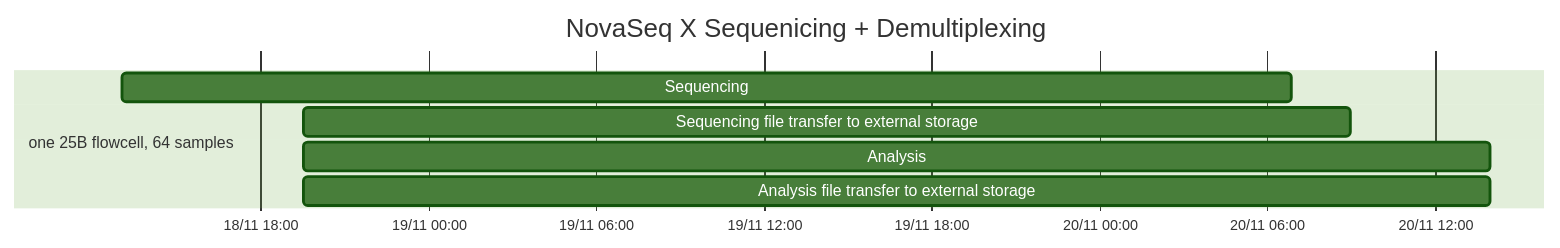
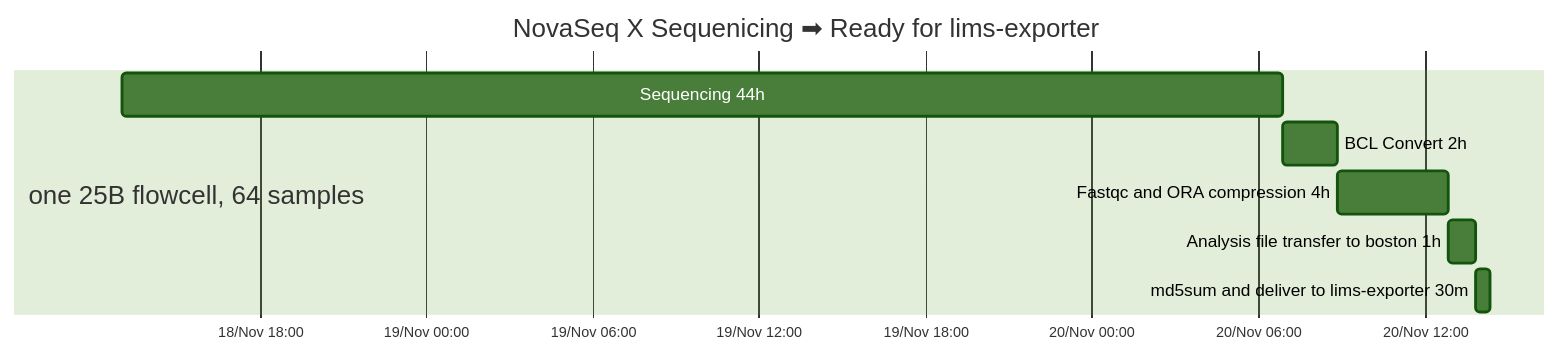
The first of 10 diagrams in projects/wgs_upscale/wgs_upscaling_bioinf_pipeline.qmd (xuyangy/website), drawn with Mermaid before and after one commit. The commit also changed other lines of this file and 2 other files, not shown here.

````diff
--- a/projects/wgs_upscale/wgs_upscaling_bioinf_pipeline.qmd
+++ b/projects/wgs_upscale/wgs_upscaling_bioinf_pipeline.qmd
@@ -82,12 +90,23 @@
 ```{mermaid}
 gantt
-%%{init: {'theme':'forest'}}%%
+%%{ 
+  init: { 
+    'theme': 'forest' ,
+    'gantt': {
+      'barHeight': 30,
+      'fontSize': 12,
+      'sectionFontSize': 18
+    }
+  } 
+}%%
 dateFormat YYYY-MM-DD HH:mm:ss
-axisFormat %d/%m %H:%M
-title NovaSeq X Sequenicing + Demultiplexing
+axisFormat %d/%b %H:%M
+title NovaSeq X Sequenicing ➡  Ready for lims-exporter
 section one 25B flowcell, 64 samples
-Sequencing: seq, 2024-11-18 13:02:04, 2024-11-20 06:51:37
-Sequencing file transfer to external storage: seqcopy,2024-11-18 19:32:40,2024-11-20 08:57:45
-Analysis: ana,2024-11-18 19:32:44, 2024-11-20 13:58:15
-Analysis file transfer to external storage: anacopy, 2024-11-18 19:32:45, 2024-11-20 13:58:15
+Sequencing 44h: seq, 2024-11-18 13:02:04, 2024-11-20 06:51:37
+BCL Convert 2h: bcl, after seq, 2h
+Fastqc and ORA compression 4h: fastqcORA, after bcl, 4h
+Analysis file transfer to boston 1h: anacopy, after fastqcORA, 1h
+md5sum and deliver to lims-exporter 30m: md5, after anacopy, 30m
+
 ```
````
